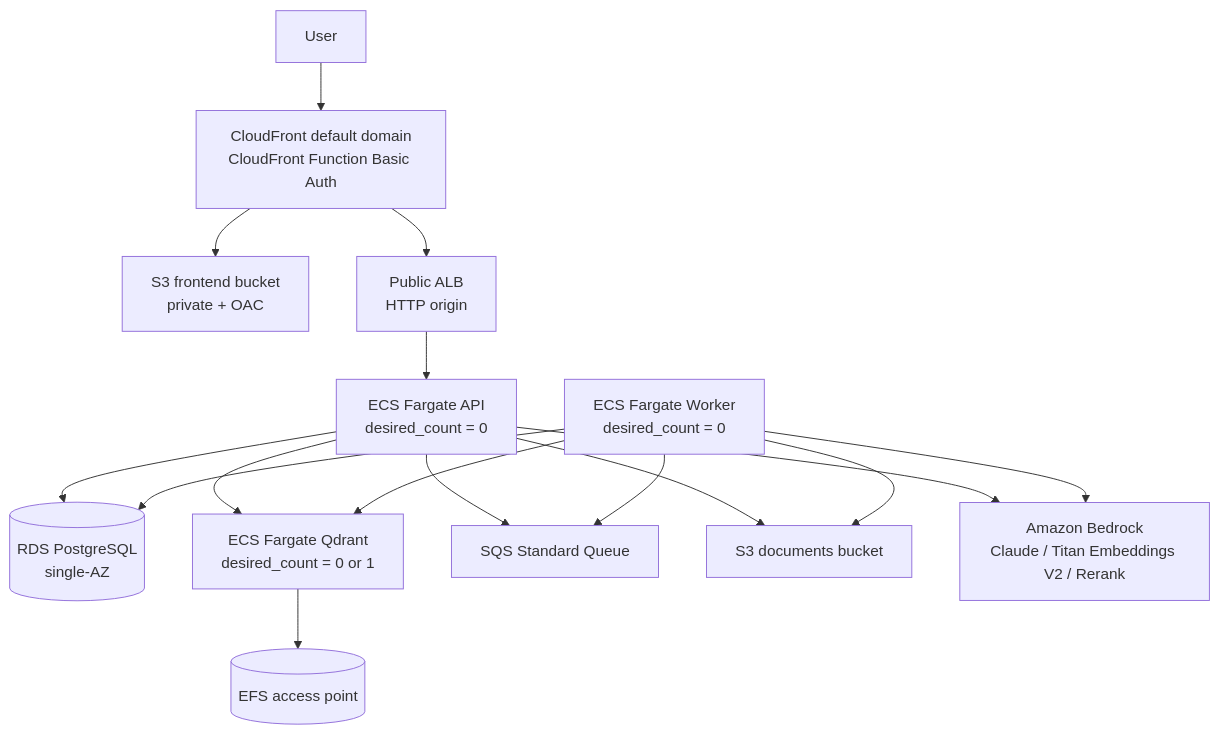
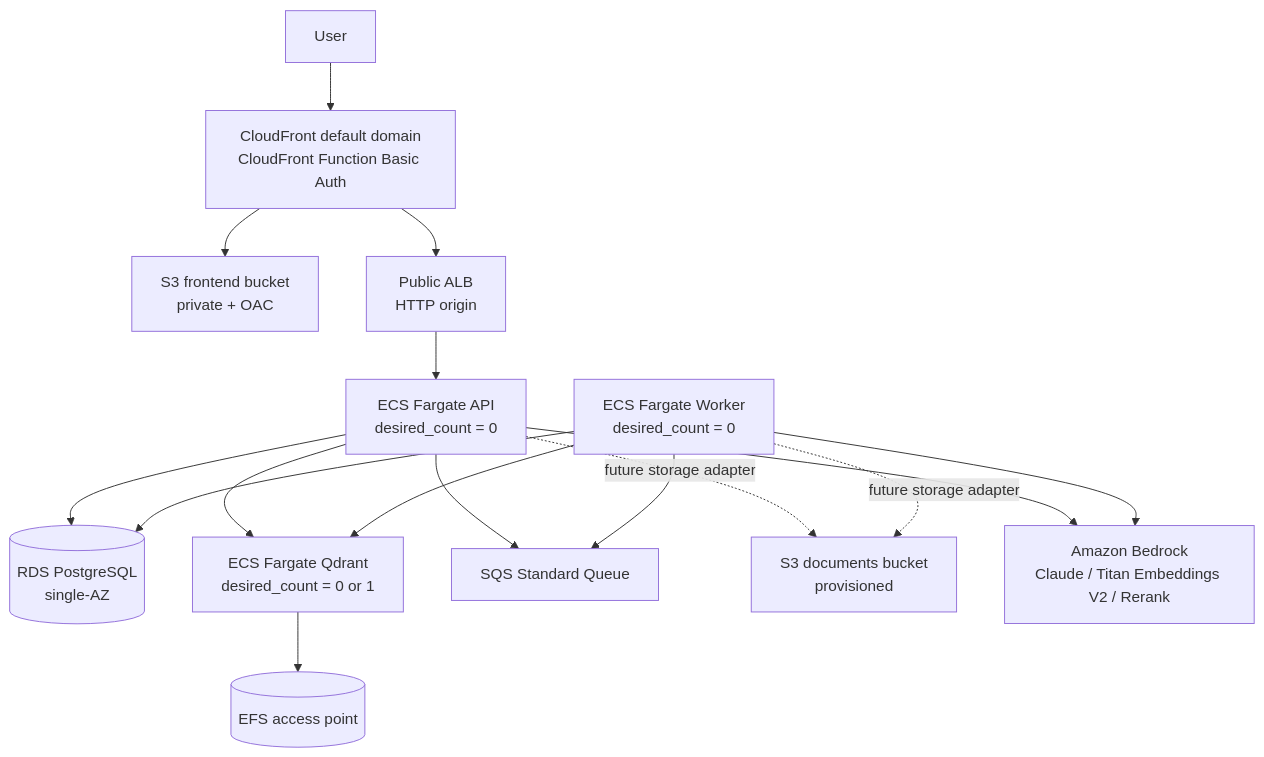
Before and after one commit to M4kuq/RAGProject: the diagram in deploy/aws-ecs/README.md, drawn with Mermaid. The commit also changed other lines of this file and 6 other files, not shown here.

````diff
--- a/deploy/aws-ecs/README.md
+++ b/deploy/aws-ecs/README.md
@@ -7,18 +7,18 @@
 ```mermaid
 flowchart TD
   User[User] --> CF[CloudFront default domain<br/>CloudFront Function Basic Auth]
   CF --> S3Front[S3 frontend bucket<br/>private + OAC]
   CF --> ALB[Public ALB<br/>HTTP origin]
   ALB --> API[ECS Fargate API<br/>desired_count = 0]
   API --> RDS[(RDS PostgreSQL<br/>single-AZ)]
   API --> Qdrant[ECS Fargate Qdrant<br/>desired_count = 0 or 1]
   Worker[ECS Fargate Worker<br/>desired_count = 0] --> RDS
   Worker --> Qdrant
   API --> SQS[SQS Standard Queue]
   Worker --> SQS
-  API --> Docs[S3 documents bucket]
-  Worker --> Docs
+  API -. future storage adapter .-> Docs[S3 documents bucket<br/>provisioned]
+  Worker -. future storage adapter .-> Docs
   Qdrant --> EFS[(EFS access point)]
   API --> Bedrock[Amazon Bedrock<br/>Claude / Titan Embeddings V2 / Rerank]
   Worker --> Bedrock
 ```
````
